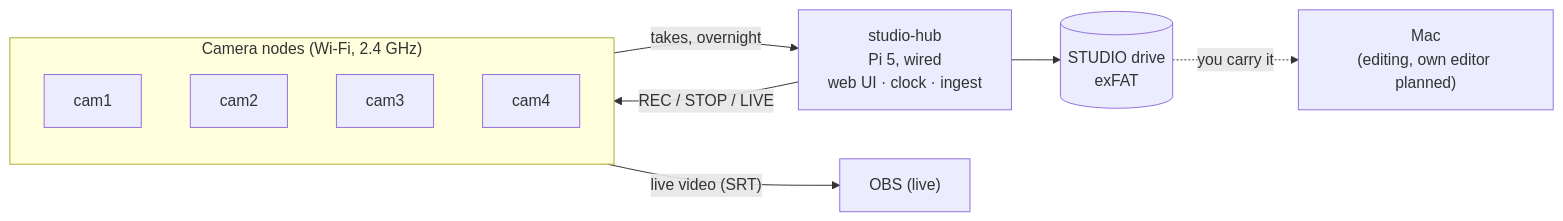
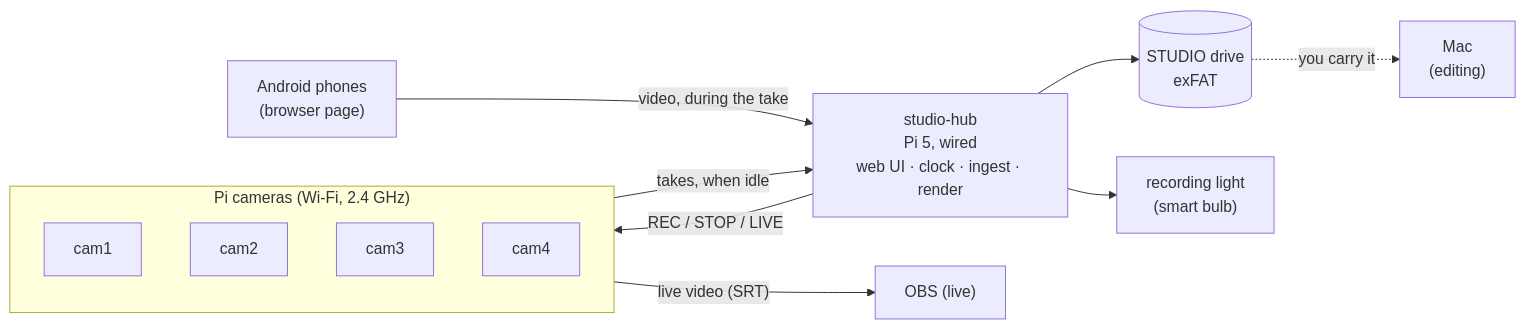
One commit to manneohrstrom/audio-video-broadcaster changed the diagram in README.md. Above: the diagram before and after it, drawn with Mermaid. The commit also changed other lines of this file and 31 other files, not shown here.

First line of the commit message:
Quick mix renders on the hub; video progress chips; C2 polish; docs and READMEs up to date

````diff
--- a/README.md
+++ b/README.md
@@ -9,19 +9,23 @@
 ```mermaid
 flowchart LR
-    subgraph Cameras["Camera nodes (Wi-Fi, 2.4 GHz)"]
+    subgraph Cameras["Pi cameras (Wi-Fi, 2.4 GHz)"]
         C1[cam1]
         C2[cam2]
         C3[cam3]
         C4[cam4]
     end
-    Hub["studio-hub<br/>Pi 5, wired<br/>web UI · clock · ingest"]
+    Phones["Android phones<br/>(browser page)"]
+    Hub["studio-hub<br/>Pi 5, wired<br/>web UI · clock · ingest · render"]
     Drive[("STUDIO drive<br/>exFAT")]
     OBS["OBS (live)"]
-    Mac["Mac<br/>(editing, own editor planned)"]
+    Mac["Mac<br/>(editing)"]
+    Bulb["recording light<br/>(smart bulb)"]
 
     Hub -- "REC / STOP / LIVE" --> Cameras
-    Cameras -- "takes, overnight" --> Hub
+    Cameras -- "takes, when idle" --> Hub
+    Phones -- "video, during the take" --> Hub
     Hub --> Drive
+    Hub --> Bulb
     Drive -. "you carry it" .-> Mac
     Cameras -- "live video (SRT)" --> OBS
 ```
````
